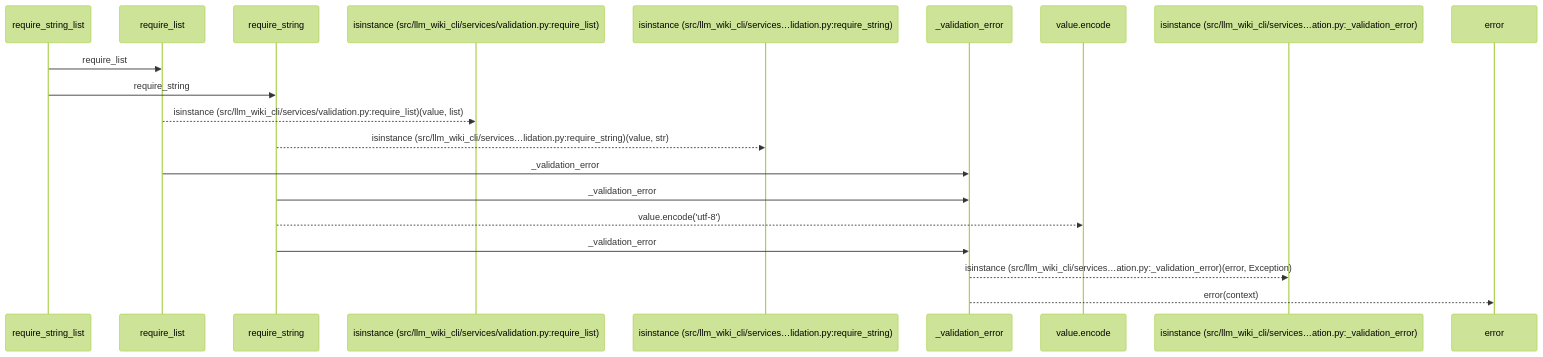
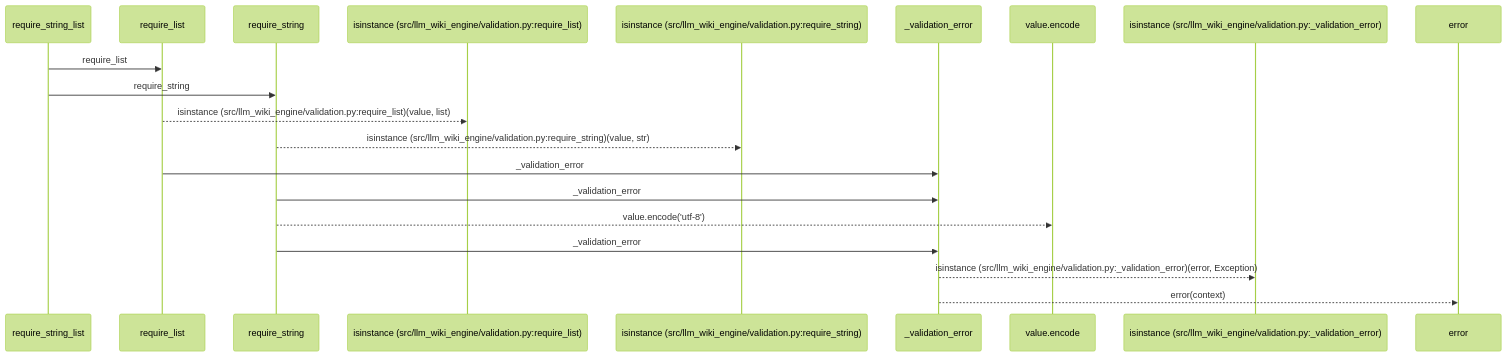
Before and after one commit to Denissvgn/python-wiki-llm: the first of 2 diagrams in docs/llm_wiki/flows/api-require_string_list.md, drawn with Mermaid (forest theme). The commit also changed other lines of this file and 1103 other files, not shown here.

First line of the commit message:
docs: refresh the wiki for the llm-wiki-engine distribution

````diff
--- a/docs/llm_wiki/flows/api-require_string_list.md
+++ b/docs/llm_wiki/flows/api-require_string_list.md
@@ -12,22 +12,22 @@
 ```mermaid
 sequenceDiagram
     participant p0 as require_string_list
     participant p1 as require_list
     participant p2 as require_string
-    participant p3 as isinstance (src/llm_wiki_cli/services/validation.py:require_list)
-    participant p4 as isinstance (src/llm_wiki_cli/services…lidation.py:require_string)
+    participant p3 as isinstance (src/llm_wiki_engine/validation.py:require_list)
+    participant p4 as isinstance (src/llm_wiki_engine/validation.py:require_string)
     participant p5 as _validation_error
     participant p6 as value.encode
-    participant p7 as isinstance (src/llm_wiki_cli/services…ation.py:_validation_error)
+    participant p7 as isinstance (src/llm_wiki_engine/validation.py:_validation_error)
     participant p8 as error
     p0->>p1: require_list
     p0->>p2: require_string
-    p1-->>p3: isinstance (src/llm_wiki_cli/services/validation.py:require_list)(value, list)
-    p2-->>p4: isinstance (src/llm_wiki_cli/services…lidation.py:require_string)(value, str)
+    p1-->>p3: isinstance (src/llm_wiki_engine/validation.py:require_list)(value, list)
+    p2-->>p4: isinstance (src/llm_wiki_engine/validation.py:require_string)(value, str)
     p1->>p5: _validation_error
     p2->>p5: _validation_error
     p2-->>p6: value.encode('utf-8')
     p2->>p5: _validation_error
-    p5-->>p7: isinstance (src/llm_wiki_cli/services…ation.py:_validation_error)(error, Exception)
+    p5-->>p7: isinstance (src/llm_wiki_engine/validation.py:_validation_error)(error, Exception)
     p5-->>p8: error(context)
 ```
````
